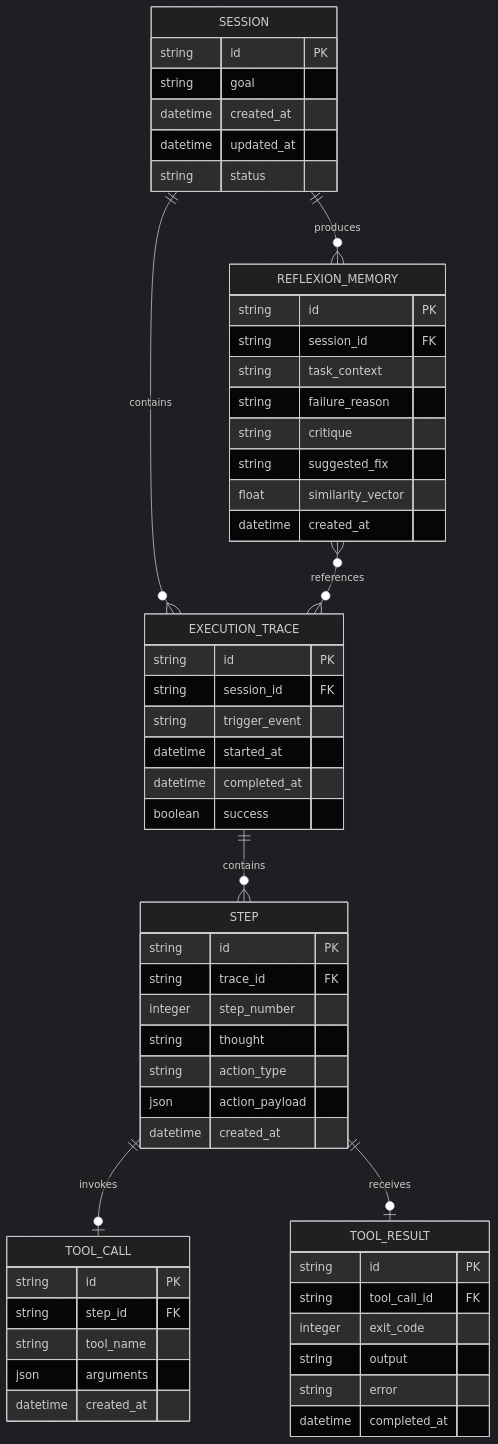
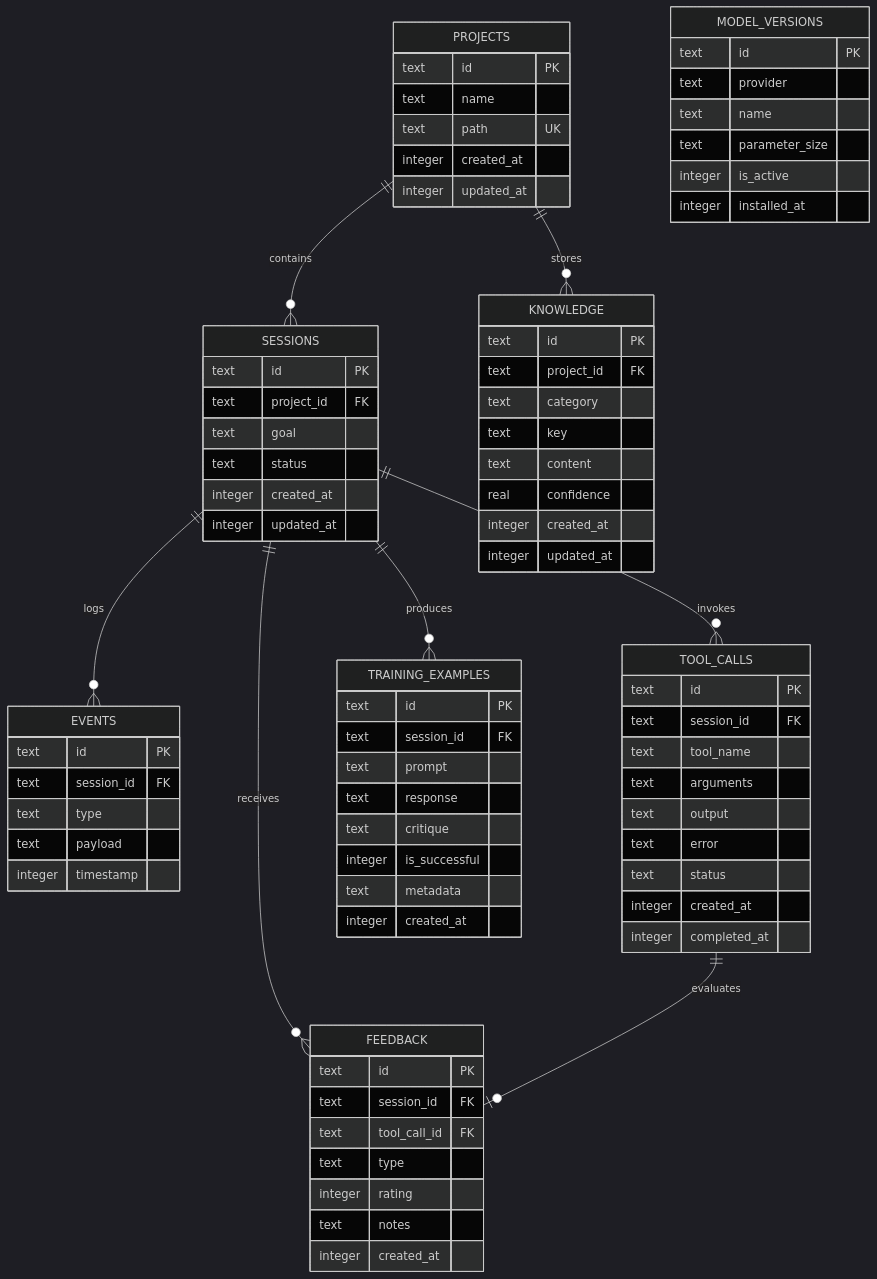
One commit to JhaSourav07/evolve changed the diagram in docs/database.md. Above: the diagram before and after it, drawn with Mermaid (dark theme). The commit also changed other lines of this file and 30 other files, not shown here.

````diff
--- a/docs/database.md
+++ b/docs/database.md
@@ -18,64 +19,88 @@
 ```mermaid
 erDiagram
-    SESSION ||--o{ EXECUTION_TRACE : contains
-    EXECUTION_TRACE ||--o{ STEP : contains
-    STEP ||--o| TOOL_CALL : invokes
-    STEP ||--o| TOOL_RESULT : receives
-    SESSION ||--o{ REFLEXION_MEMORY : produces
-    REFLEXION_MEMORY }o--o{ EXECUTION_TRACE : references
+    PROJECTS ||--o{ SESSIONS : contains
+    PROJECTS ||--o{ KNOWLEDGE : stores
+    SESSIONS ||--o{ EVENTS : logs
+    SESSIONS ||--o{ TOOL_CALLS : invokes
+    SESSIONS ||--o{ FEEDBACK : receives
+    SESSIONS ||--o{ TRAINING_EXAMPLES : produces
+    TOOL_CALLS ||--o| FEEDBACK : evaluates
 
-    SESSION {
-        string id PK
-        string goal
-        datetime created_at
-        datetime updated_at
-        string status
+    PROJECTS {
+        text id PK
+        text name
+        text path UK
+        integer created_at
+        integer updated_at
     }
 
-    EXECUTION_TRACE {
-        string id PK
-        string session_id FK
-        string trigger_event
-        datetime started_at
-        datetime completed_at
-        boolean success
+    SESSIONS {
+        text id PK
+        text project_id FK
+        text goal
+        text status
+        integer created_at
+        integer updated_at
     }
 
-    STEP {
-        string id PK
-        string trace_id FK
-        integer step_number
-        string thought
-        string action_type
-        json action_payload
-        datetime created_at
+    EVENTS {
+        text id PK
+        text session_id FK
+        text type
+        text payload
+        integer timestamp
     }
 
-    TOOL_CALL {
-        string id PK
-        string step_id FK
-        string tool_name
-        json arguments
-        datetime created_at
+    TOOL_CALLS {
+        text id PK
+        text session_id FK
+        text tool_name
+        text arguments
+        text output
+        text error
+        text status
+        integer created_at
+        integer completed_at
     }
 
-    TOOL_RESULT {
-        string id PK
-        string tool_call_id FK
-        integer exit_code
-        string output
-        string error
-        datetime completed_at
+    FEEDBACK {
+        text id PK
+        text session_id FK
+        text tool_call_id FK
+        text type
+        integer rating
+        text notes
+        integer created_at
     }
 
-    REFLEXION_MEMORY {
-        string id PK
-        string session_id FK
-        string task_context
-        string failure_reason
-        string critique
-        string suggested_fix
-        float similarity_vector
-        datetime created_at
+    KNOWLEDGE {
+        text id PK
+        text project_id FK
+        text category
+        text key
+        text content
+        real confidence
+        integer created_at
+        integer updated_at
+    }
+
+    TRAINING_EXAMPLES {
+        text id PK
+        text session_id FK
+        text prompt
+        text response
+        text critique
+        integer is_successful
+        text metadata
+        integer created_at
+    }
+
+    MODEL_VERSIONS {
+        text id PK
+        text provider
+        text name
+        text parameter_size
+        integer is_active
+        integer installed_at
     }
 ```
````
